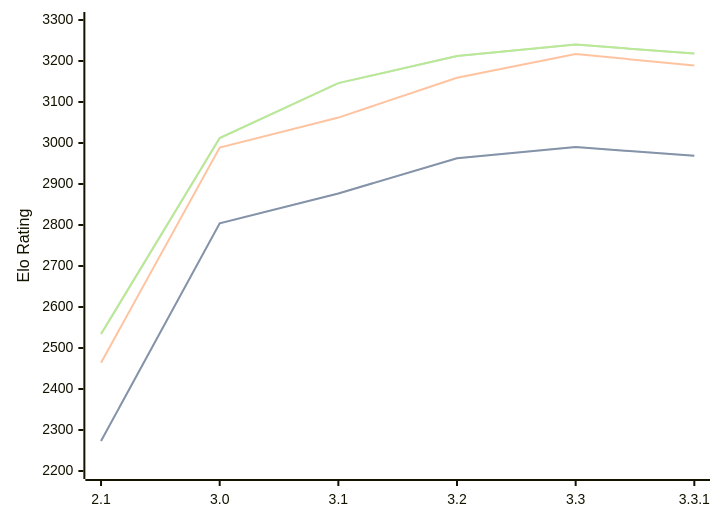
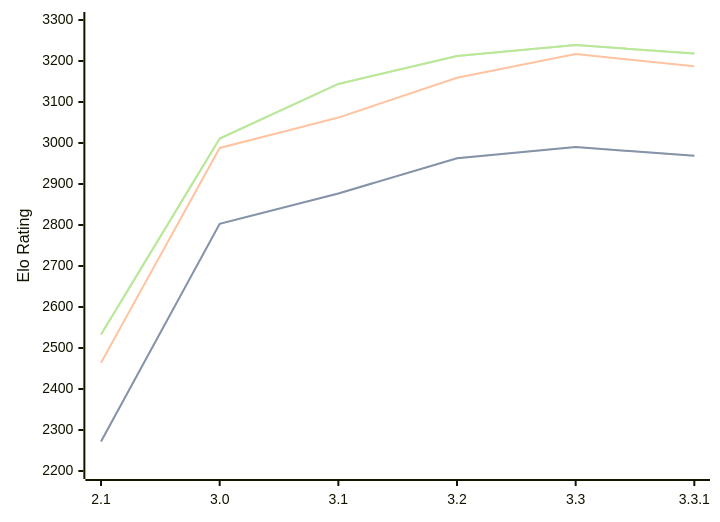
Before and after one commit to computer-chess-index/cci: the diagram in engines/Petrel.md, drawn with Mermaid. The commit also changed other lines of this file, not shown here.

Commit message:
Update CCI Ratings (ELO VLTC) - 2026-03-01

````diff
--- a/engines/Petrel.md
+++ b/engines/Petrel.md
@@ -41,11 +41,11 @@
 ```mermaid
 %%{init: {"theme":"base","themeVariables":{"seriesColors:['#a3a3a3','#222221','#faa371']}}}%%
 xychart-beta
   x-axis ["2.1", "3.0", "3.1", "3.2", "3.3", "3.3.1"]
   y-axis "Elo Rating" 2200 --> 3300
-  line "STC (8.0+0.08s)" [2273, 2804, 2877, 2963, 2990, 2969]
-  line "STC (8.0+0.08s)" [2273, 2804, 2877, 2963, 2990, 2969]
-  line "LTC (60.0+0.60s)" [2464, 2989, 3062, 3159, 3217, 3189]
-  line "VLTC (2m24s+1.12s)" [2534, 3012, 3146, 3212, 3240, 3218]
-  line "VLTC (2m24s+1.12s)" [2534, 3012, 3146, 3212, 3240, 3218]
+  line "STC (8.0+0.08s)" [2272, 2803, 2877, 2963, 2990, 2969]
+  line "STC (8.0+0.08s)" [2272, 2803, 2877, 2963, 2990, 2969]
+  line "LTC (60.0+0.60s)" [2464, 2988, 3062, 3159, 3217, 3187]
+  line "VLTC (2m24s+1.12s)" [2533, 3011, 3144, 3212, 3239, 3218]
+  line "VLTC (2m24s+1.12s)" [2533, 3011, 3144, 3212, 3239, 3218]
 ```
````
